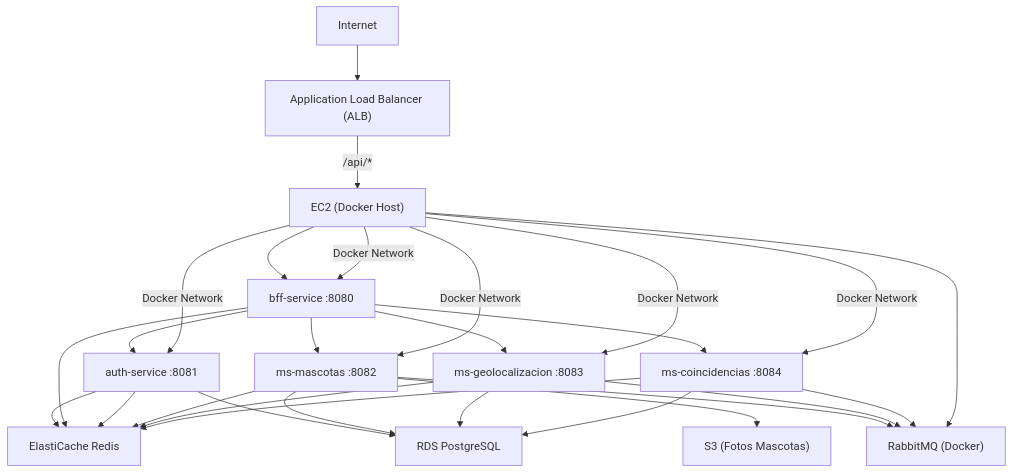
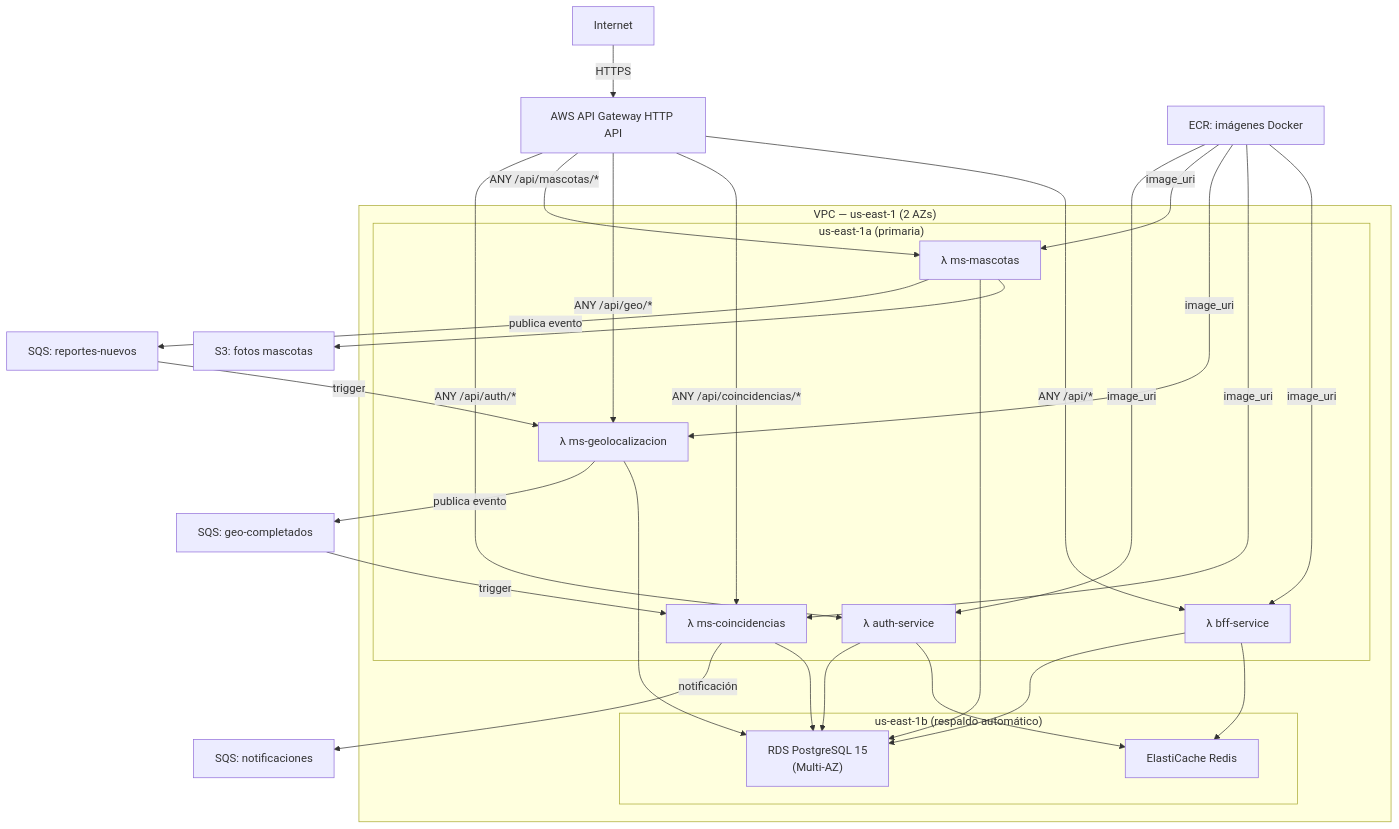
Before and after one commit to MGcarva/sanos_y_salvos: the diagram in README.md, drawn with Mermaid. The commit also changed other lines of this file and 2 other files, not shown here.

First line of the commit message:
docs: actualizar guías para nueva arquitectura Lambda+SQS+API Gateway

````diff
--- a/README.md
+++ b/README.md
@@ -12,30 +10,47 @@
 ```mermaid
 graph TD
-  Internet --> ALB["Application Load Balancer (ALB)"]
-  ALB -->|/api/*| EC2["EC2 (Docker Host)"]
-  EC2 --> BFF["bff-service :8080"]
-  BFF --> Auth["auth-service :8081"]
-  BFF --> Mascotas["ms-mascotas :8082"]
-  BFF --> Geo["ms-geolocalizacion :8083"]
-  BFF --> Coinc["ms-coincidencias :8084"]
-  Auth --> Redis["ElastiCache Redis"]
-  Mascotas --> S3["S3 (Fotos Mascotas)"]
-  Mascotas --> Rabbit["RabbitMQ (Docker)"]
-  Geo --> Rabbit
-  Coinc --> Rabbit
-  Auth --> RDS["RDS PostgreSQL"]
-  Mascotas --> RDS
-  Geo --> RDS
-  Coinc --> RDS
-  BFF --> Redis
-  Auth --> Redis
-  Mascotas --> Redis
-  Geo --> Redis
-  Coinc --> Redis
-  EC2 --> Rabbit
-  EC2 -->|Docker Network| BFF
-  EC2 -->|Docker Network| Auth
-  EC2 -->|Docker Network| Mascotas
-  EC2 -->|Docker Network| Geo
-  EC2 -->|Docker Network| Coinc
+  Internet -->|HTTPS| APIGW["AWS API Gateway HTTP API"]
+
+  APIGW -->|ANY /api/auth/*| LambdaAuth["λ auth-service"]
+  APIGW -->|ANY /api/mascotas/*| LambdaMascotas["λ ms-mascotas"]
+  APIGW -->|ANY /api/geo/*| LambdaGeo["λ ms-geolocalizacion"]
+  APIGW -->|ANY /api/coincidencias/*| LambdaCoinc["λ ms-coincidencias"]
+  APIGW -->|ANY /api/*| LambdaBFF["λ bff-service"]
+
+  LambdaMascotas -->|publica evento| SQS1["SQS: reportes-nuevos"]
+  SQS1 -->|trigger| LambdaGeo
+  LambdaGeo -->|publica evento| SQS2["SQS: geo-completados"]
+  SQS2 -->|trigger| LambdaCoinc
+  LambdaCoinc -->|notificación| SQS3["SQS: notificaciones"]
+
+  LambdaAuth --> RDS["RDS PostgreSQL 15\n(Multi-AZ)"]
+  LambdaMascotas --> RDS
+  LambdaGeo --> RDS
+  LambdaCoinc --> RDS
+  LambdaBFF --> RDS
+
+  LambdaAuth --> Redis["ElastiCache Redis"]
+  LambdaBFF --> Redis
+
+  LambdaMascotas --> S3["S3: fotos mascotas"]
+
+  ECR["ECR: imágenes Docker"] -->|image_uri| LambdaAuth
+  ECR -->|image_uri| LambdaMascotas
+  ECR -->|image_uri| LambdaGeo
+  ECR -->|image_uri| LambdaCoinc
+  ECR -->|image_uri| LambdaBFF
+
+  subgraph VPC ["VPC — us-east-1 (2 AZs)"]
+    subgraph AZ_A ["us-east-1a (primaria)"]
+      LambdaAuth
+      LambdaMascotas
+      LambdaGeo
+      LambdaCoinc
+      LambdaBFF
+    end
+    subgraph AZ_B ["us-east-1b (respaldo automático)"]
+      RDS
+      Redis
+    end
+  end
 ```
````
